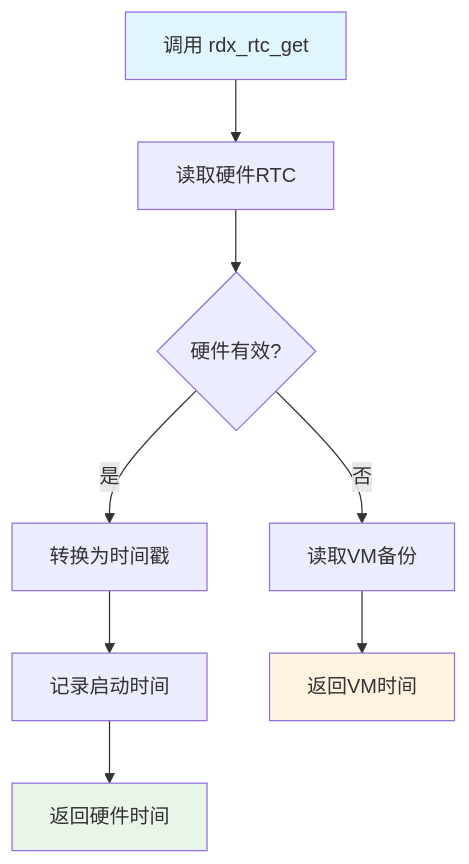
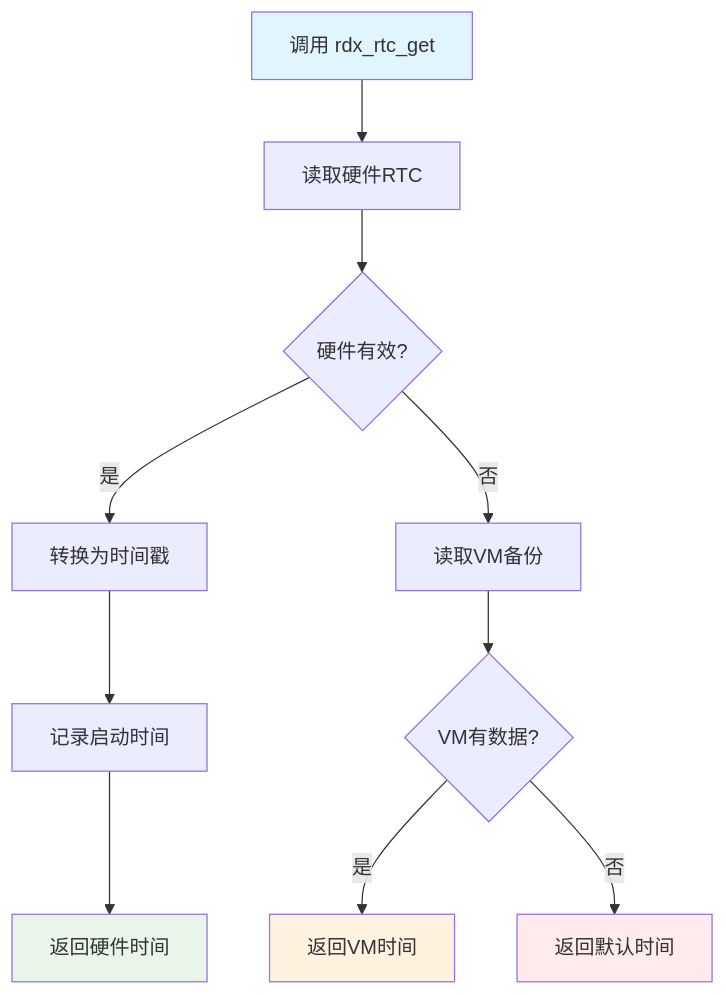
One commit to HK-bruc1/Work-Report changed the sixth of 26 diagrams in 杰理相关/潮汐SDK/1.时钟与RTC/6.RTC的应用最佳实践.md. Above: the diagram before and after it, drawn with Mermaid. The commit also changed other lines of this file and 3 other files, not shown here.

````diff
--- a/杰理相关/潮汐SDK/1.时钟与RTC/6.RTC的应用最佳实践.md
+++ b/杰理相关/潮汐SDK/1.时钟与RTC/6.RTC的应用最佳实践.md
@@ -234,16 +370,19 @@
 ```mermaid
 flowchart TD
     A[调用 rdx_rtc_get] --> B[读取硬件RTC]
     B --> C{硬件有效?}
     
     C -->|是| D[转换为时间戳]
     D --> E[记录启动时间]
     E --> F[返回硬件时间]
     
     C -->|否| G[读取VM备份]
-    G --> H[返回VM时间]
+    G --> H{VM有数据?}
+    H -->|是| I[返回VM时间]
+    H -->|否| J[返回默认时间]
 
     style A fill:#e1f5ff
     style F fill:#e8f5e8
-    style H fill:#fff3e0
+    style I fill:#fff3e0
+    style J fill:#ffebee
 ```
````
